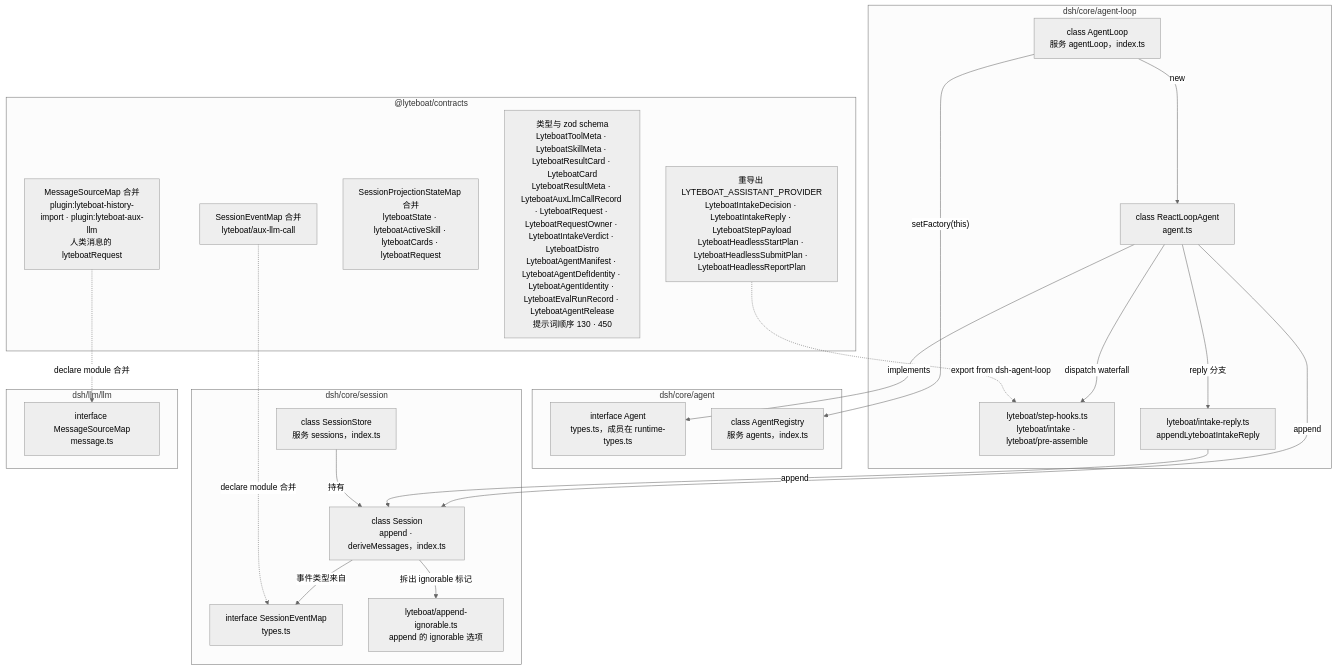
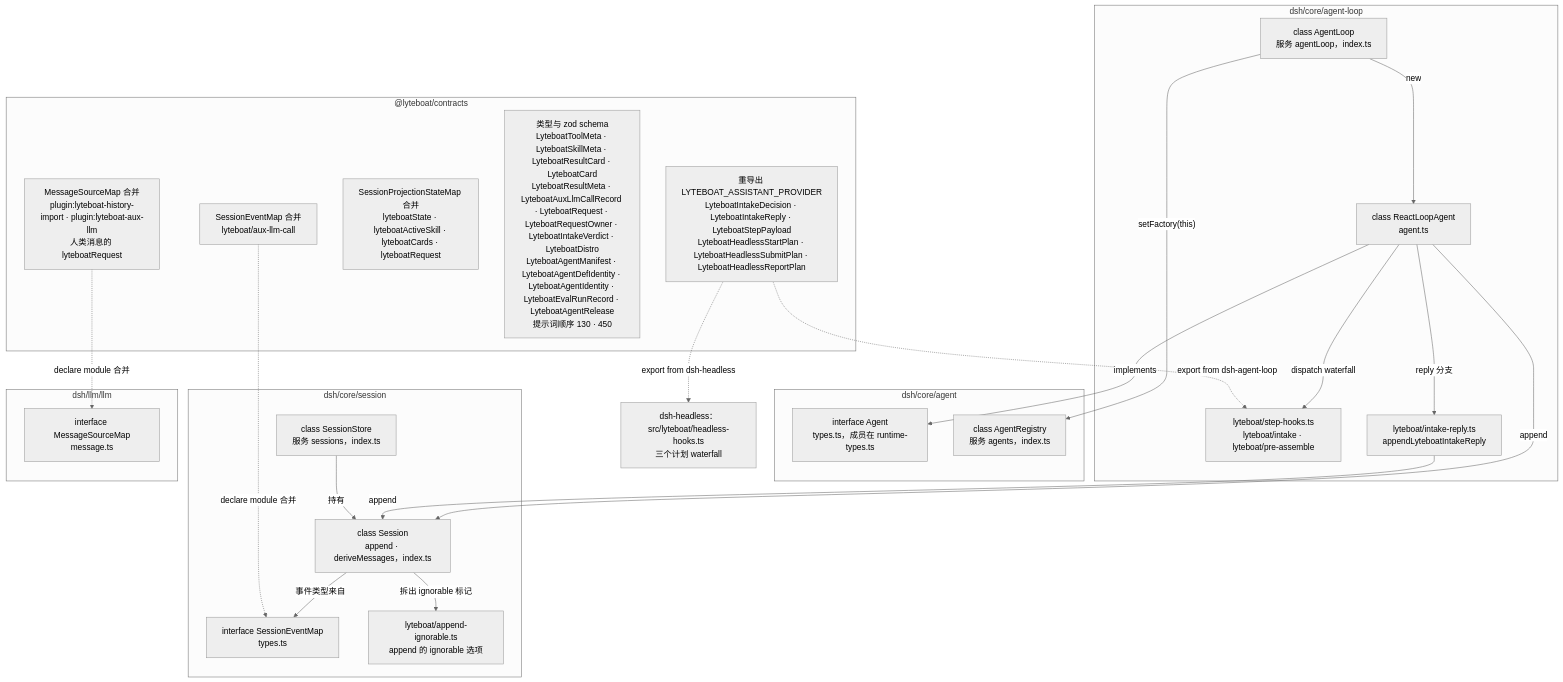
Before and after one commit to lyteboat/lyteboat: the fourth of 11 diagrams in docs/01-architecture.md, drawn with Mermaid (neutral theme). The commit also changed other lines of this file and 10 other files, not shown here.

````diff
--- a/docs/01-architecture.md
+++ b/docs/01-architecture.md
@@ -276,42 +276,43 @@
 ```mermaid
 flowchart TB
   subgraph AGT["dsh/core/agent"]
     agentT["interface Agent<br/>types.ts，成员在 runtime-types.ts"]
     reg["class AgentRegistry<br/>服务 agents，index.ts"]
   end
   subgraph LOOP["dsh/core/agent-loop"]
     al["class AgentLoop<br/>服务 agentLoop，index.ts"]
     rla["class ReactLoopAgent<br/>agent.ts"]
     hooks["lyteboat/step-hooks.ts<br/>lyteboat/intake · lyteboat/pre-assemble"]
     reply["lyteboat/intake-reply.ts<br/>appendLyteboatIntakeReply"]
   end
   subgraph SESS["dsh/core/session"]
     store["class SessionStore<br/>服务 sessions，index.ts"]
     sess["class Session<br/>append · deriveMessages，index.ts"]
     sem["interface SessionEventMap<br/>types.ts"]
     ign["lyteboat/append-ignorable.ts<br/>append 的 ignorable 选项"]
   end
   subgraph LLMP["dsh/llm/llm"]
     msm["interface MessageSourceMap<br/>message.ts"]
   end
   subgraph CON["@lyteboat/contracts"]
     cEv["SessionEventMap 合并<br/>lyteboat/aux-llm-call"]
     cSrc["MessageSourceMap 合并<br/>plugin:lyteboat-history-import · plugin:lyteboat-aux-llm<br/>人类消息的 lyteboatRequest"]
     cProj["SessionProjectionStateMap 合并<br/>lyteboatState · lyteboatActiveSkill · lyteboatCards · lyteboatRequest"]
     cMeta["类型与 zod schema<br/>LyteboatToolMeta · LyteboatSkillMeta · LyteboatResultCard · LyteboatCard<br/>LyteboatResultMeta · LyteboatAuxLlmCallRecord · LyteboatRequest · LyteboatRequestOwner · LyteboatIntakeVerdict · LyteboatDistro<br/>LyteboatAgentManifest · LyteboatAgentDefIdentity · LyteboatAgentIdentity · LyteboatEvalRunRecord · LyteboatAgentRelease<br/>提示词顺序 130 · 450"]
     cRe["重导出 LYTEBOAT_ASSISTANT_PROVIDER<br/>LyteboatIntakeDecision · LyteboatIntakeReply · LyteboatStepPayload<br/>LyteboatHeadlessStartPlan · LyteboatHeadlessSubmitPlan · LyteboatHeadlessReportPlan"]
   end
   al -->|"setFactory(this)"| reg
   al -->|"new"| rla
   rla -->|"implements"| agentT
   rla -->|"dispatch waterfall"| hooks
   rla -->|"reply 分支"| reply
   rla -->|"append"| sess
   reply -->|"append"| sess
   store -->|"持有"| sess
   sess -->|"事件类型来自"| sem
   sess -->|"拆出 ignorable 标记"| ign
   cEv -.->|"declare module 合并"| sem
   cSrc -.->|"declare module 合并"| msm
   cRe -.->|"export from dsh-agent-loop"| hooks
+  cRe -.->|"export from dsh-headless"| hh["dsh-headless：src/lyteboat/headless-hooks.ts<br/>三个计划 waterfall"]
 ```
````
